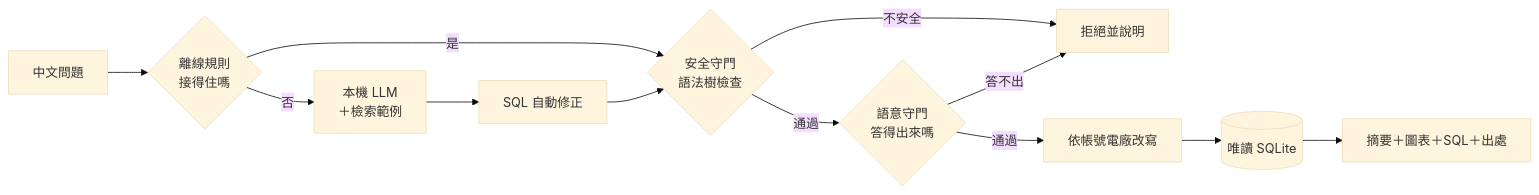
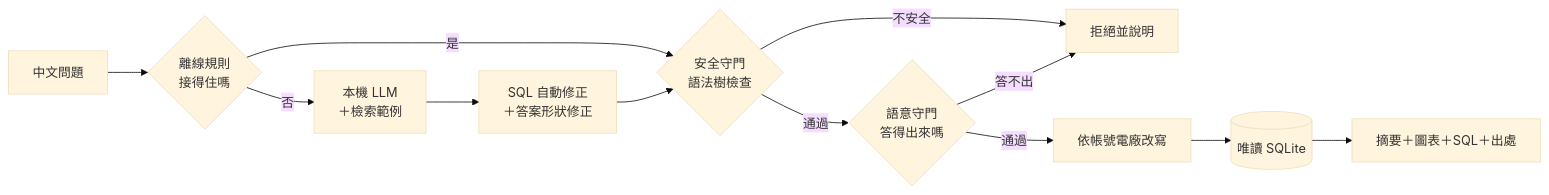
The diagram in README.md (kayla162/gridlens-tw), drawn with Mermaid (base theme) before and after one commit. The commit also changed other lines of this file and 1 other file, not shown here.

````diff
--- a/README.md
+++ b/README.md
@@ -69,10 +73,10 @@
 ```mermaid
 flowchart LR
     Q[中文問題] --> R{離線規則<br/>接得住嗎}
     R -- 是 --> G1
-    R -- 否 --> L[本機 LLM<br/>＋檢索範例] --> F[SQL 自動修正] --> G1
+    R -- 否 --> L[本機 LLM<br/>＋檢索範例] --> F[SQL 自動修正<br/>＋答案形狀修正] --> G1
     G1{安全守門<br/>語法樹檢查} -- 不安全 --> X[拒絕並說明]
     G1 -- 通過 --> G2{語意守門<br/>答得出來嗎}
     G2 -- 答不出 --> X
     G2 -- 通過 --> P[依帳號電廠改寫] --> DB[(唯讀 SQLite)] --> A[摘要＋圖表＋SQL＋出處]
 ```
````
